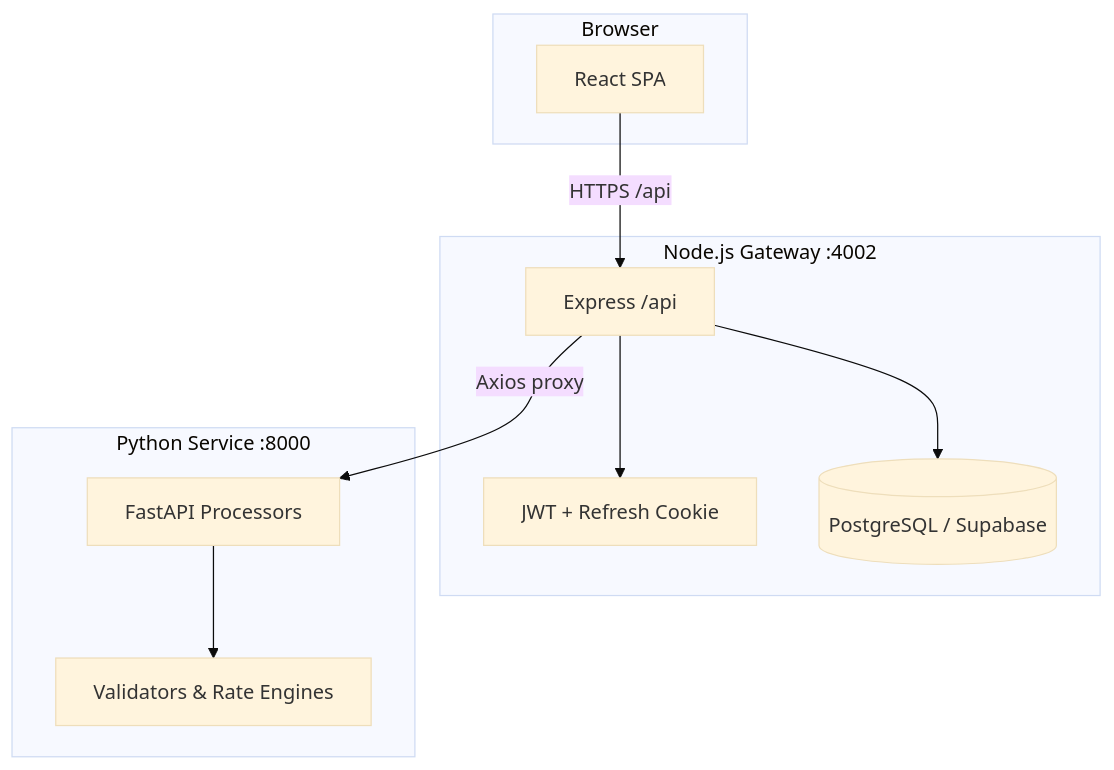
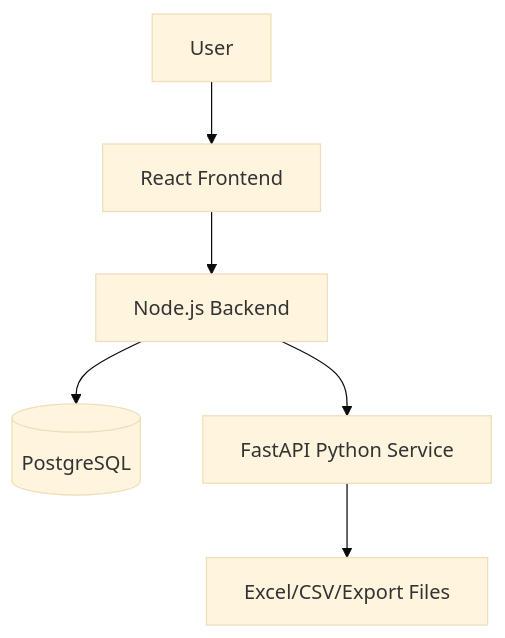
Before and after one commit to manikantamyadarapu/audit_platform: the first of 5 diagrams in README.md, drawn with Mermaid (base theme). The commit also changed other lines of this file and 23 other files, not shown here.

````diff
--- a/README.md
+++ b/README.md
@@ -201,20 +68,8 @@
 ```mermaid
 flowchart TB
-  subgraph client [Browser]
-    UI[React SPA]
-  end
-  subgraph node [Node.js Gateway :4002]
-    API[Express /api]
-    Auth[JWT + Refresh Cookie]
-    DB[(PostgreSQL / Supabase)]
-  end
-  subgraph py [Python Service :8000]
-    ENG[FastAPI Processors]
-    VAL[Validators & Rate Engines]
-  end
-  UI -->|HTTPS /api| API
-  API --> Auth
-  API --> DB
-  API -->|Axios proxy| ENG
-  ENG --> VAL
+  U[User] --> FE[React Frontend]
+  FE --> BE[Node.js Backend]
+  BE --> DB[(PostgreSQL)]
+  BE --> PY[FastAPI Python Service]
+  PY --> EX[Excel/CSV/Export Files]
 ```
````
